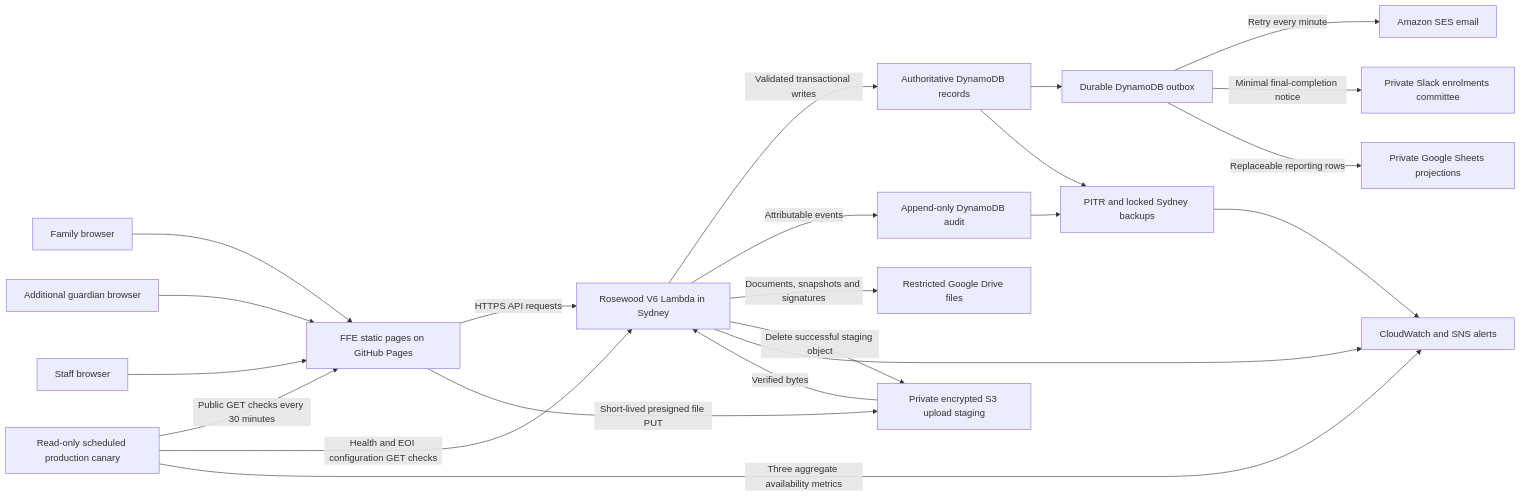
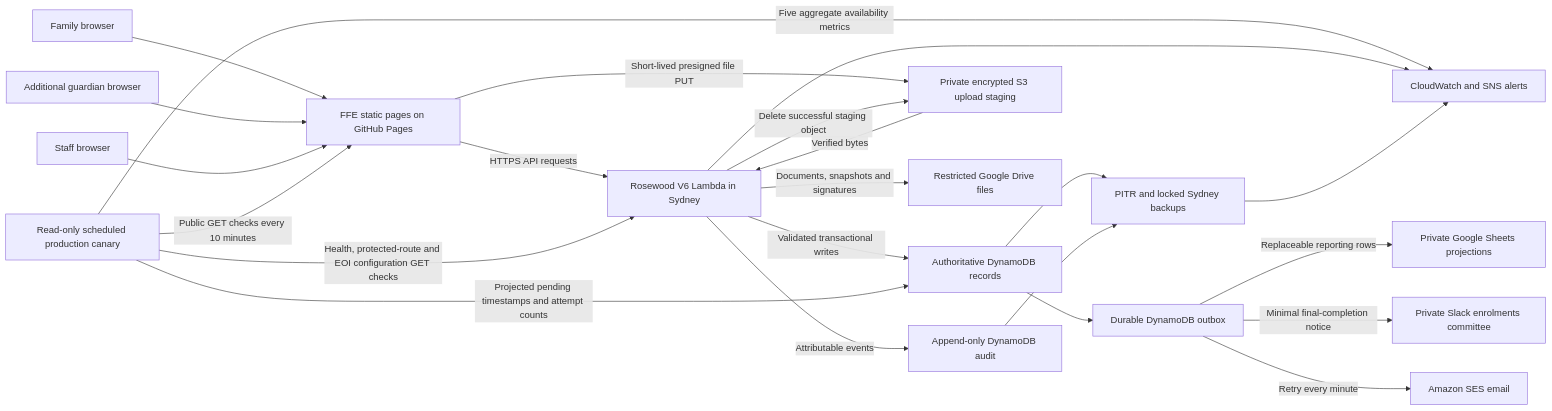
Before and after one commit to Martin-Reinoso/independentschoolwest: the first of 14 diagrams in Rosewood enrolment/v6/DATA-PROCESS-MAP.md, drawn with Mermaid. The commit also changed other lines of this file and 12 other files, not shown here.

````diff
--- a/Rosewood enrolment/v6/DATA-PROCESS-MAP.md
+++ b/Rosewood enrolment/v6/DATA-PROCESS-MAP.md
@@ -50,41 +50,42 @@
 ```mermaid
 flowchart LR
     Family["Family browser"]
     Guardian["Additional guardian browser"]
     Staff["Staff browser"]
     Pages["FFE static pages on GitHub Pages"]
     Lambda["Rosewood V6 Lambda in Sydney"]
     MainDB["Authoritative DynamoDB records"]
     AuditDB["Append-only DynamoDB audit"]
     Staging["Private encrypted S3 upload staging"]
     Drive["Restricted Google Drive files"]
     Outbox["Durable DynamoDB outbox"]
     SES["Amazon SES email"]
     Slack["Private Slack enrolments committee"]
     Sheets["Private Google Sheets projections"]
     Backup["PITR and locked Sydney backups"]
     Canary["Read-only scheduled production canary"]
     Alerts["CloudWatch and SNS alerts"]
 
     Family --> Pages
     Guardian --> Pages
     Staff --> Pages
     Pages -->|"HTTPS API requests"| Lambda
     Pages -->|"Short-lived presigned file PUT"| Staging
     Lambda -->|"Validated transactional writes"| MainDB
     Lambda -->|"Attributable events"| AuditDB
     Staging -->|"Verified bytes"| Lambda
     Lambda -->|"Documents, snapshots and signatures"| Drive
     Lambda -->|"Delete successful staging object"| Staging
     MainDB --> Outbox
     Outbox -->|"Retry every minute"| SES
     Outbox -->|"Minimal final-completion notice"| Slack
     Outbox -->|"Replaceable reporting rows"| Sheets
     MainDB --> Backup
     AuditDB --> Backup
-    Canary -->|"Public GET checks every 30 minutes"| Pages
-    Canary -->|"Health and EOI configuration GET checks"| Lambda
-    Canary -->|"Three aggregate availability metrics"| Alerts
+    Canary -->|"Public GET checks every 10 minutes"| Pages
+    Canary -->|"Health, protected-route and EOI configuration GET checks"| Lambda
+    Canary -->|"Projected pending timestamps and attempt counts"| MainDB
+    Canary -->|"Five aggregate availability metrics"| Alerts
     Lambda --> Alerts
     Backup --> Alerts
 ```
````
